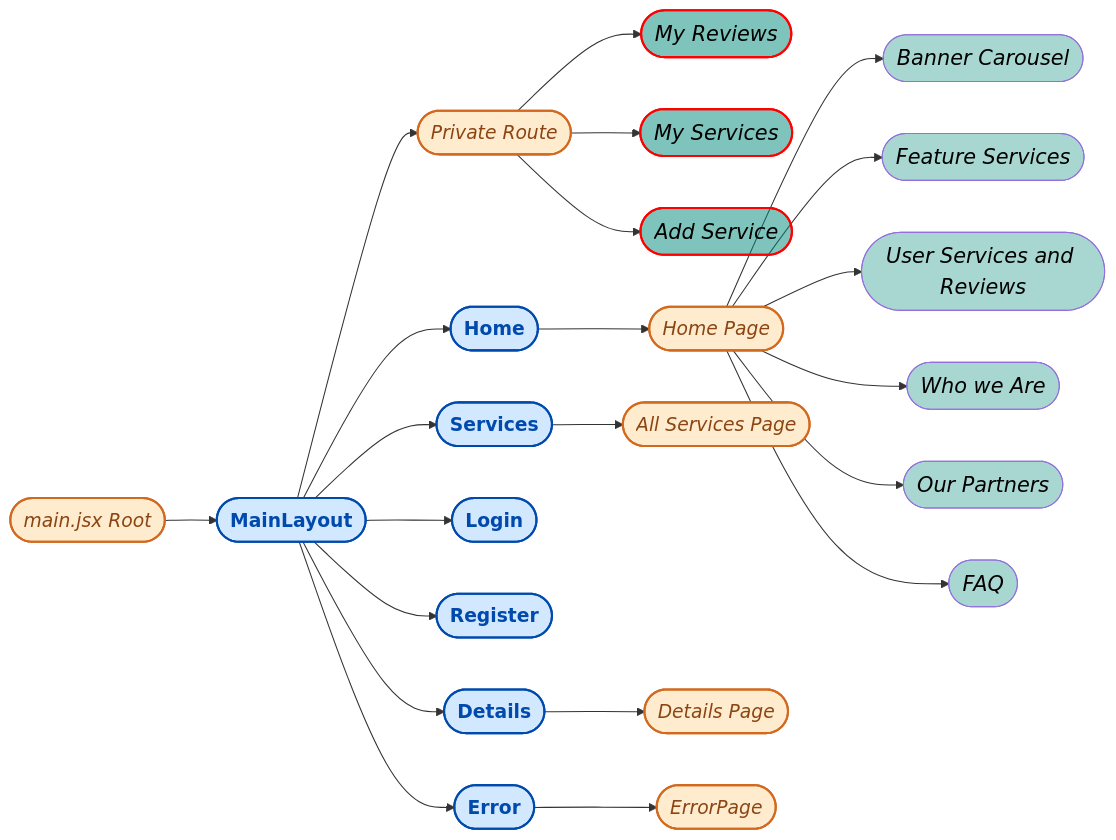
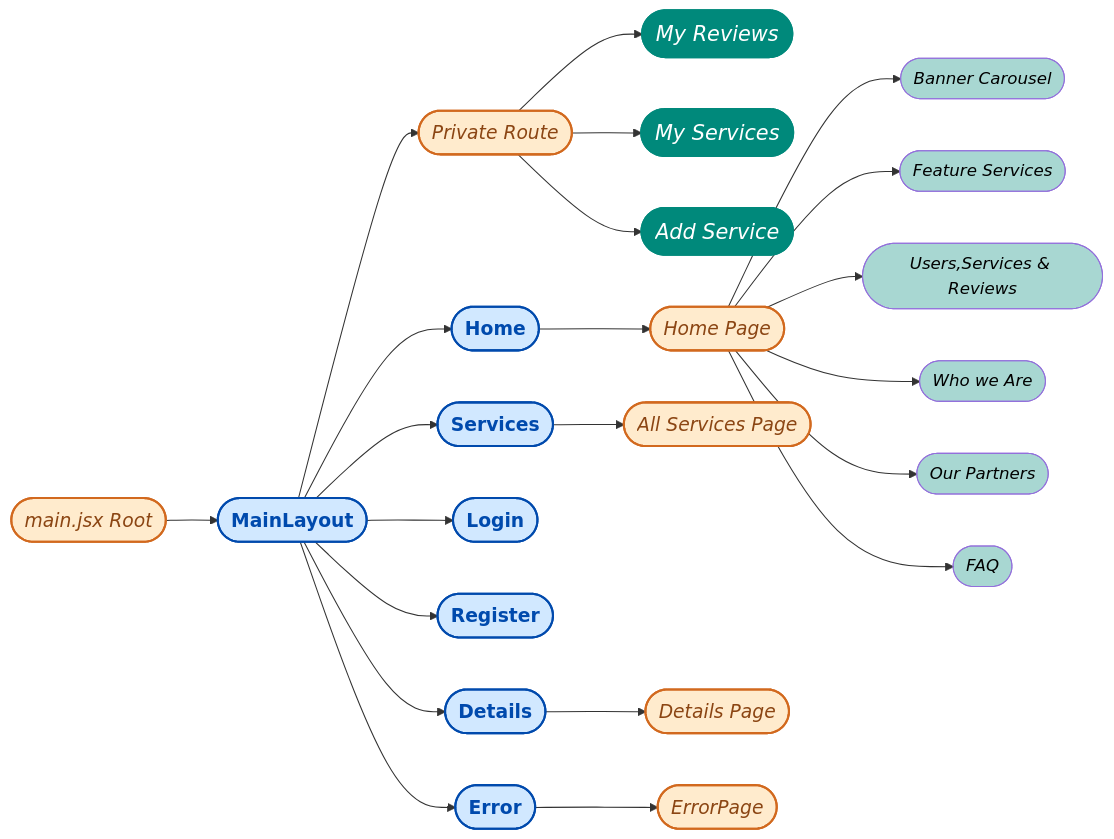
The first of 2 diagrams in README.md (Dev-NayanBiswas/FaiRate), drawn with Mermaid before and after one commit. The commit also changed other lines of this file and 1 other file, not shown here.

````diff
--- a/README.md
+++ b/README.md
@@ -91,35 +91,35 @@
 ```mermaid
 flowchart LR
 classDef routeStyle fill:#D1E8FF,stroke:#004AAD,stroke-width:2px,color:#004AAD,font-size:18px,font-weight:bold;
 classDef componentStyle fill:#FFEBCD,stroke:#D2691E,stroke-width:2px,color:#8B4513,font-size:18px,font-style:italic;
-classDef secureStyle fill:#00897b80,stroke:red,stroke-width:2px,color:#000,font-size:20px,font-style:italic;
-classDef homeStyle fill:#00897b57,color:#000,font-size:20px,font-style:italic;
+classDef secureStyle fill:#00897b,stroke:#00897b,stroke-width:2px,color:#fff,font-size:20px,font-style:italic;
+classDef homeStyle fill:#00897b57,color:#000,font-size:16px,font-style:italic;
 
 id1([main.jsx Root]) --> id2([MainLayout])
 id2 --> id5([Private Route]) 
 id5-->id40([My Reviews])
 id5-->id41([My Services])
 id5-->id42([Add Service])
 
 id2 --> id8([Home]) --> id9([Home Page])
 id9 --> id20([Banner Carousel])
 id9 --> id21([Feature Services])
-id9 --> id22([User Services and Reviews])
+id9 --> id22([Users,Services & Reviews])
 id9 --> id23([Who we Are])
 id9 --> id24([Our Partners])
 id9 --> id25([FAQ])
 id2 --> id6([Services]) --> id7([All Services Page])
 
 id2 --> id10([Login])
 id2 -->id54([Register])
 id2 --> id12([Details]) --> id13([Details Page])
 id2 --> id14([Error]) --> id15([ErrorPage])
 
 
 
 class id2,id4,id6,id8,id10,id12,id14,id16,id54 routeStyle
 class id1,id5,id7,id9,id11,id13,id15,id17,id19,id55,id40,id41,id42,id43,id18 componentStyle
 class id40,id41,id42 secureStyle
 class id20,id21,id22,id23,id24,id25 homeStyle
 
 ```
````
